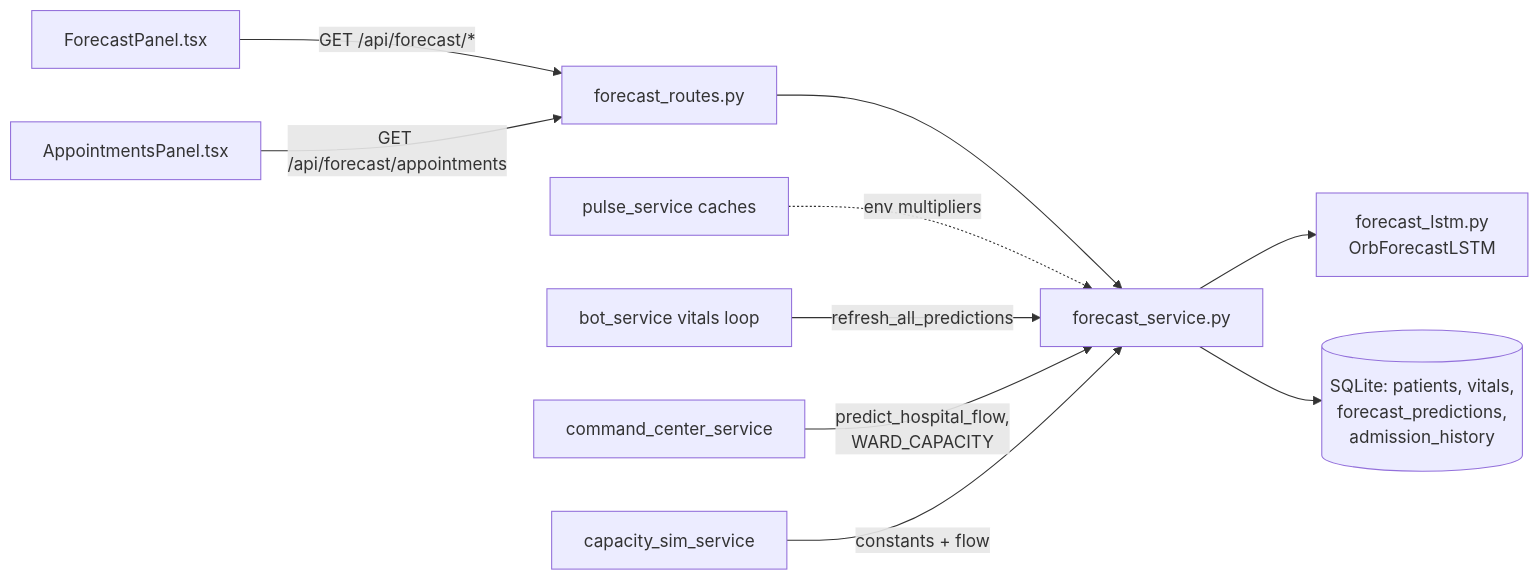
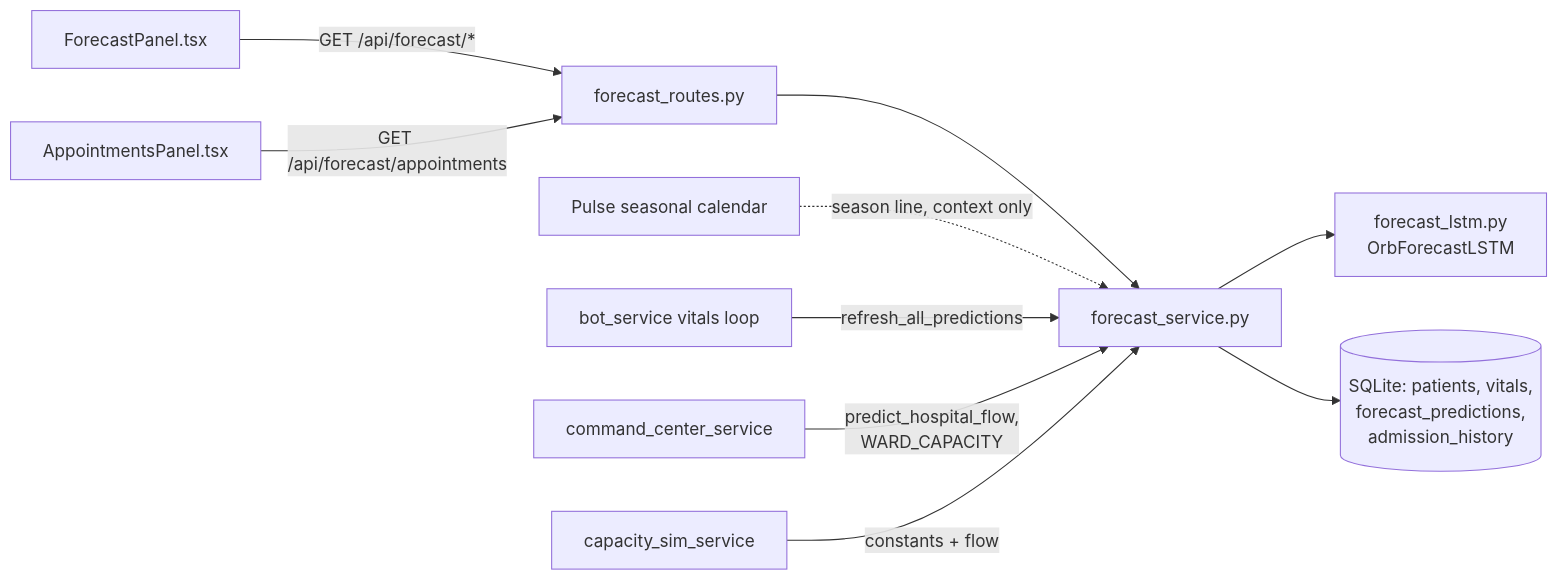
One commit to samuelmorningstar23/Orb changed the first of 2 diagrams in docs/guide/13-forecast.md. Above: the diagram before and after it, drawn with Mermaid. The commit also changed other lines of this file and 59 other files, not shown here.

````diff
--- a/docs/guide/13-forecast.md
+++ b/docs/guide/13-forecast.md
@@ -19,12 +19,12 @@
 ```mermaid
 graph LR
     FP[ForecastPanel.tsx] -->|"GET /api/forecast/*"| FR[forecast_routes.py]
     AP[AppointmentsPanel.tsx] -->|"GET /api/forecast/appointments"| FR
     FR --> FS[forecast_service.py]
     FS --> ML[forecast_lstm.py<br/>OrbForecastLSTM]
     FS --> DB[(SQLite: patients, vitals,<br/>forecast_predictions,<br/>admission_history)]
-    PS[pulse_service caches] -.->|env multipliers| FS
+    PS[Pulse seasonal calendar] -.->|season line, context only| FS
     BOT[bot_service vitals loop] -->|refresh_all_predictions| FS
     CC[command_center_service] -->|predict_hospital_flow,<br/>WARD_CAPACITY| FS
     SIM[capacity_sim_service] -->|constants + flow| FS
 ```
````
